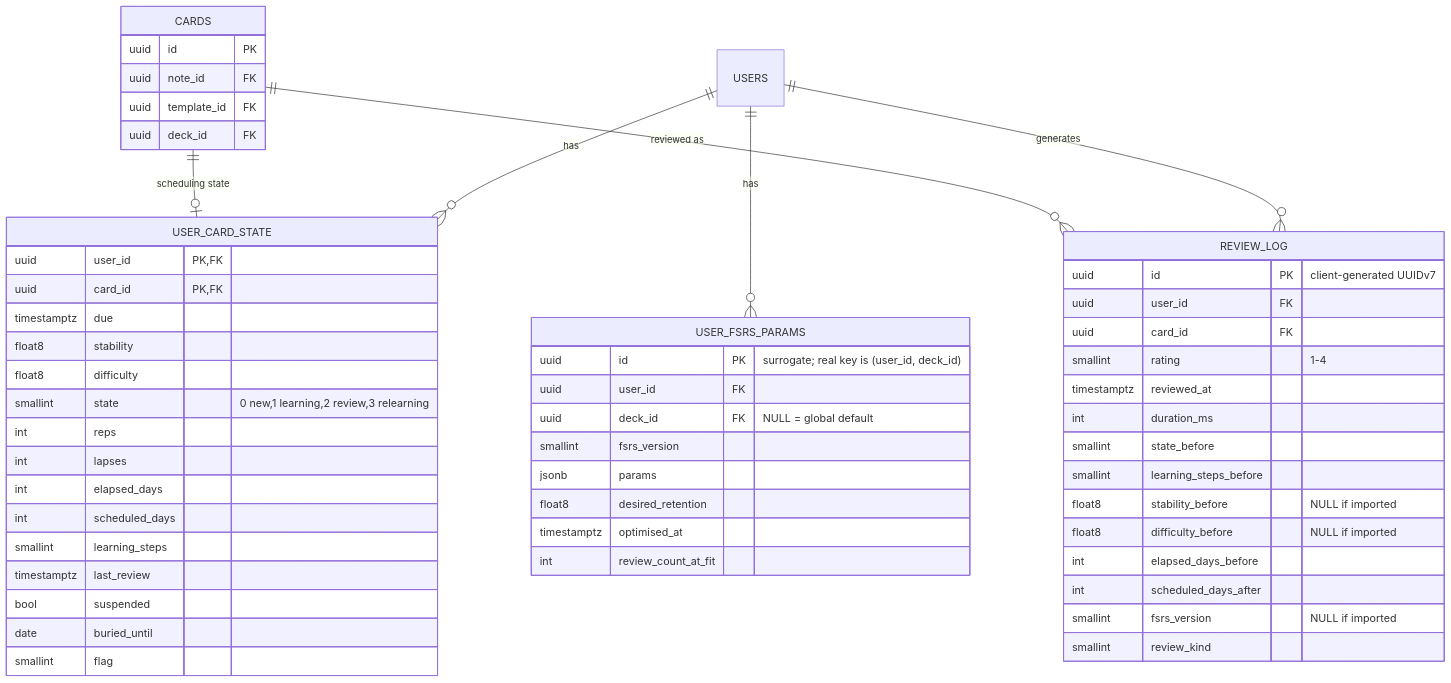
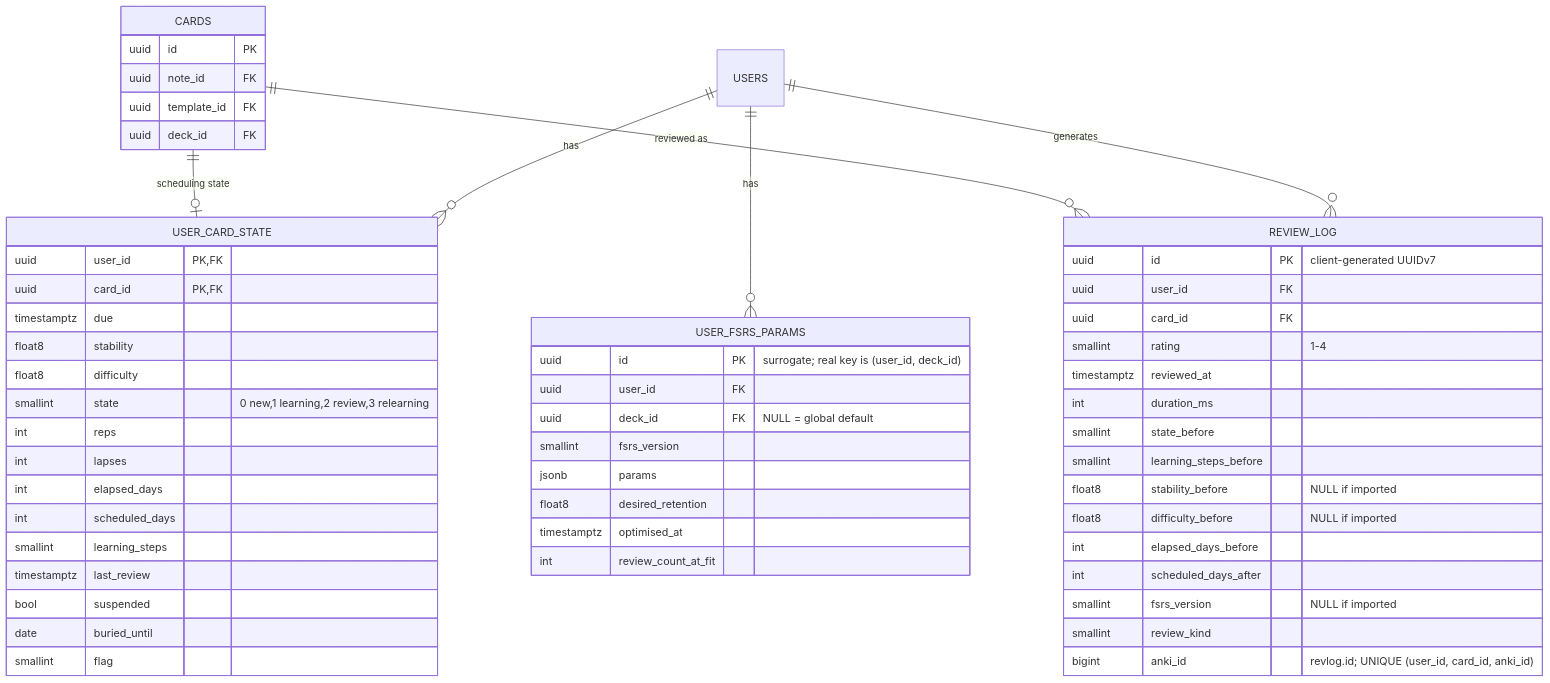
Before and after one commit to Jolls/deckshare: the third of 5 diagrams in docs/schema-diagram.md, drawn with Mermaid. The commit also changed other lines of this file and 23 other files, not shown here.

````diff
--- a/docs/schema-diagram.md
+++ b/docs/schema-diagram.md
@@ -289,61 +298,62 @@
 ```mermaid
 erDiagram
     USERS ||--o{ USER_CARD_STATE : "has"
     USERS ||--o{ REVIEW_LOG : "generates"
     USERS ||--o{ USER_FSRS_PARAMS : "has"
     CARDS ||--o| USER_CARD_STATE : "scheduling state"
     CARDS ||--o{ REVIEW_LOG : "reviewed as"
 
     CARDS {
         uuid id PK
         uuid note_id FK
         uuid template_id FK
         uuid deck_id FK
     }
 
     USER_CARD_STATE {
         uuid user_id PK,FK
         uuid card_id PK,FK
         timestamptz due
         float8 stability
         float8 difficulty
         smallint state "0 new,1 learning,2 review,3 relearning"
         int reps
         int lapses
         int elapsed_days
         int scheduled_days
         smallint learning_steps
         timestamptz last_review
         bool suspended
         date buried_until
         smallint flag
     }
 
     REVIEW_LOG {
         uuid id PK "client-generated UUIDv7"
         uuid user_id FK
         uuid card_id FK
         smallint rating "1-4"
         timestamptz reviewed_at
         int duration_ms
         smallint state_before
         smallint learning_steps_before
         float8 stability_before "NULL if imported"
         float8 difficulty_before "NULL if imported"
         int elapsed_days_before
         int scheduled_days_after
         smallint fsrs_version "NULL if imported"
         smallint review_kind
+        bigint anki_id "revlog.id; UNIQUE (user_id, card_id, anki_id)"
     }
 
     USER_FSRS_PARAMS {
         uuid id PK "surrogate; real key is (user_id, deck_id)"
         uuid user_id FK
         uuid deck_id FK "NULL = global default"
         smallint fsrs_version
         jsonb params
         float8 desired_retention
         timestamptz optimised_at
         int review_count_at_fit
     }
 ```
````
